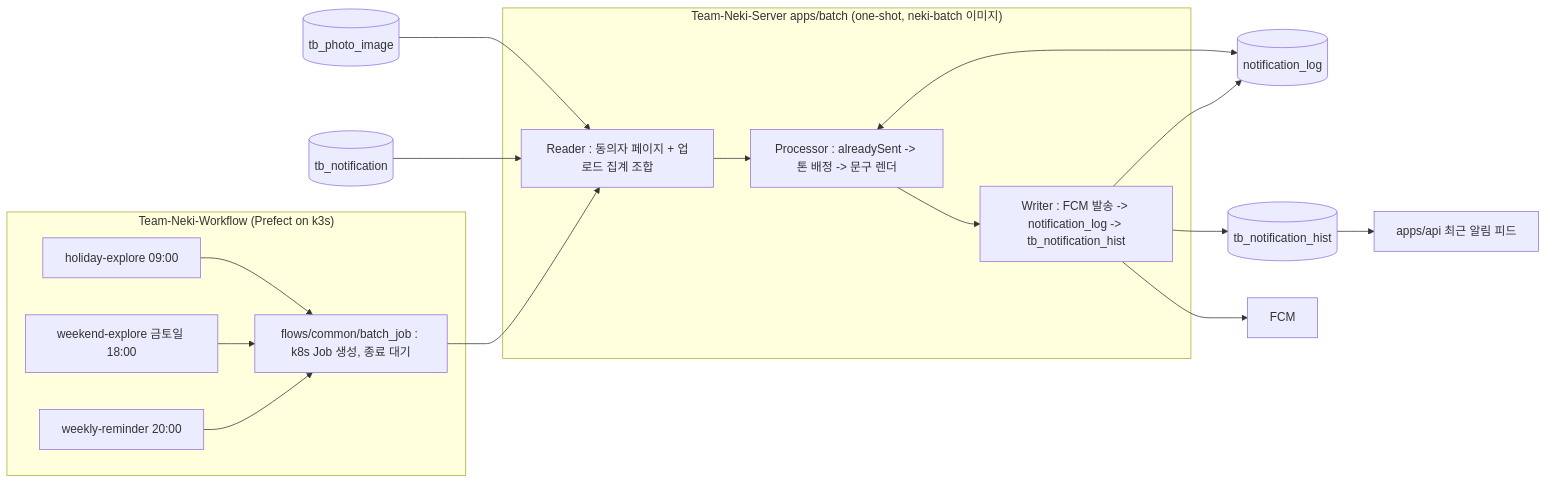
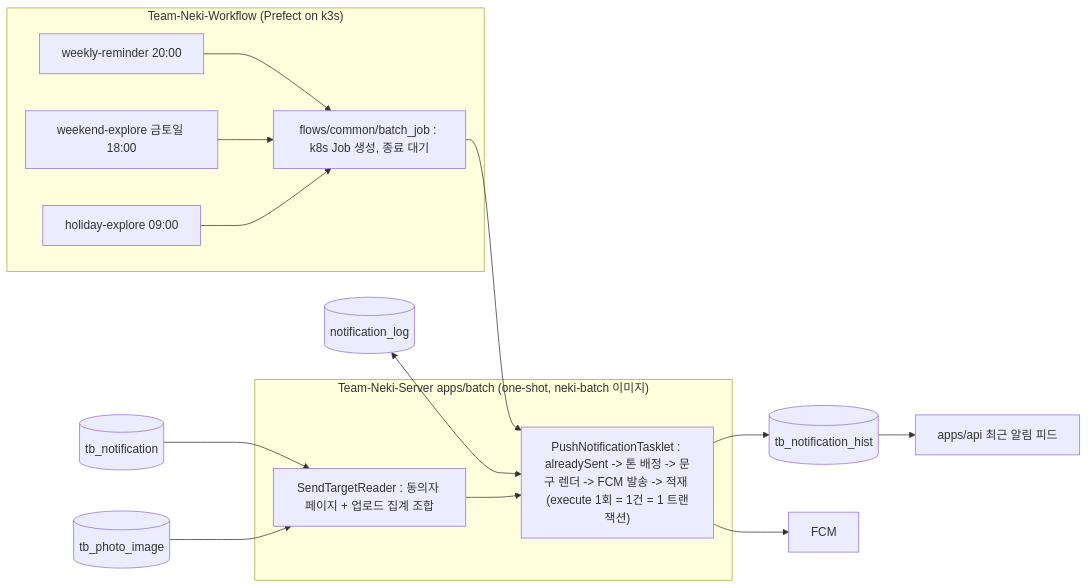
The diagram in docs/hld/2026-10-06-notification-push-hld.md (Team-Neki/Team-Neki-Server), drawn with Mermaid before and after one commit. The commit also changed other lines of this file and 13 other files, not shown here.

First line of the commit message:
refactor: 알림 발송 Step 을 tasklet 으로 통일하고 JobConfig 에는 Job 빈만 남긴다

````diff
--- a/docs/hld/2026-10-06-notification-push-hld.md
+++ b/docs/hld/2026-10-06-notification-push-hld.md
@@ -80,23 +80,22 @@
 ```mermaid
 flowchart LR
     subgraph Workflow["Team-Neki-Workflow (Prefect on k3s)"]
         D1["weekly-reminder 20:00"]
         D2["weekend-explore 금토일 18:00"]
         D3["holiday-explore 09:00"]
         Job["flows/common/batch_job : k8s Job 생성, 종료 대기"]
         D1 --> Job
         D2 --> Job
         D3 --> Job
     end
     subgraph Batch["Team-Neki-Server apps/batch (one-shot, neki-batch 이미지)"]
-        R["Reader : 동의자 페이지 + 업로드 집계 조합"] --> P["Processor : alreadySent -> 톤 배정 -> 문구 렌더"] --> W["Writer : FCM 발송 -> notification_log -> tb_notification_hist"]
+        R["SendTargetReader : 동의자 페이지 + 업로드 집계 조합"] --> T["PushNotificationTasklet : alreadySent -> 톤 배정 -> 문구 렌더 -> FCM 발송 -> 적재 (execute 1회 = 1건 = 1 트랜잭션)"]
     end
-    Job --> R
+    Job --> T
     N[("tb_notification")] --> R
     PI[("tb_photo_image")] --> R
-    L[("notification_log")] <--> P
-    W --> L
-    W --> H[("tb_notification_hist")]
-    W --> FCM["FCM"]
+    L[("notification_log")] <--> T
+    T --> H[("tb_notification_hist")]
+    T --> FCM["FCM"]
     H --> API["apps/api 최근 알림 피드"]
 ```
````
